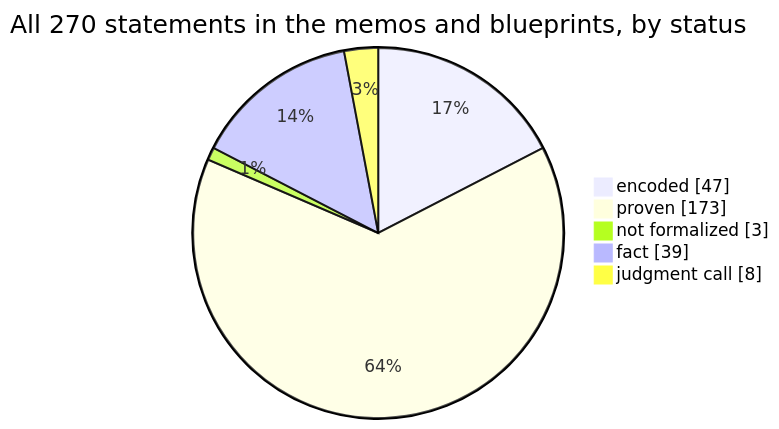
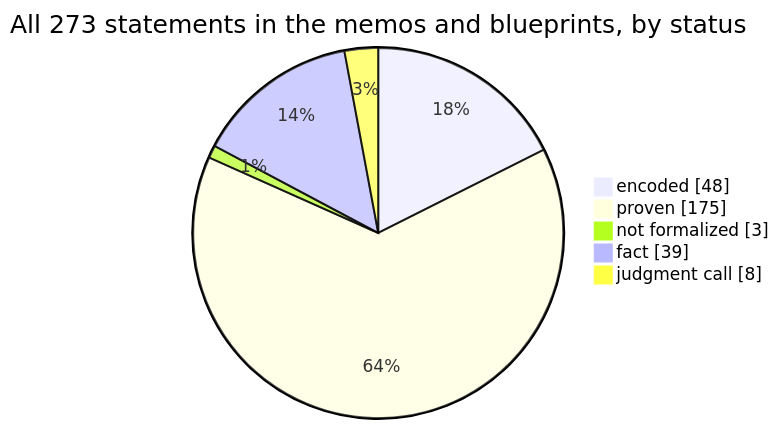
Before and after one commit to SeanWMurray/Canteen: the first of 4 diagrams in docs/graphs/dashboard.md, drawn with Mermaid. The commit also changed 6 other files, not shown here.

````diff
--- a/docs/graphs/dashboard.md
+++ b/docs/graphs/dashboard.md
@@ -11,8 +11,8 @@
 ```mermaid
-pie showData title All 270 statements in the memos and blueprints, by status
-    "encoded" : 47
-    "proven" : 173
+pie showData title All 273 statements in the memos and blueprints, by status
+    "encoded" : 48
+    "proven" : 175
     "not formalized" : 3
     "fact" : 39
     "judgment call" : 8
 ```
````
